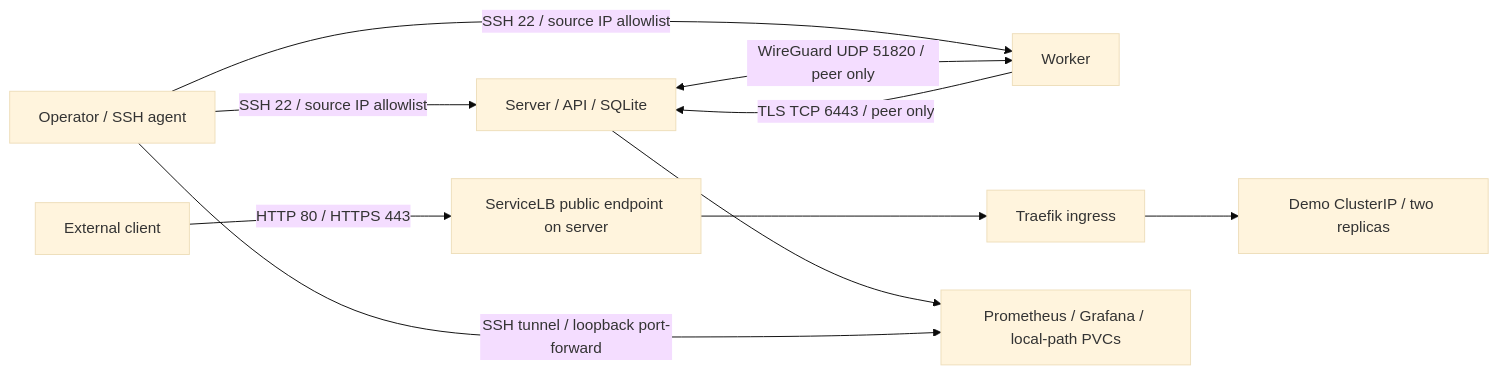
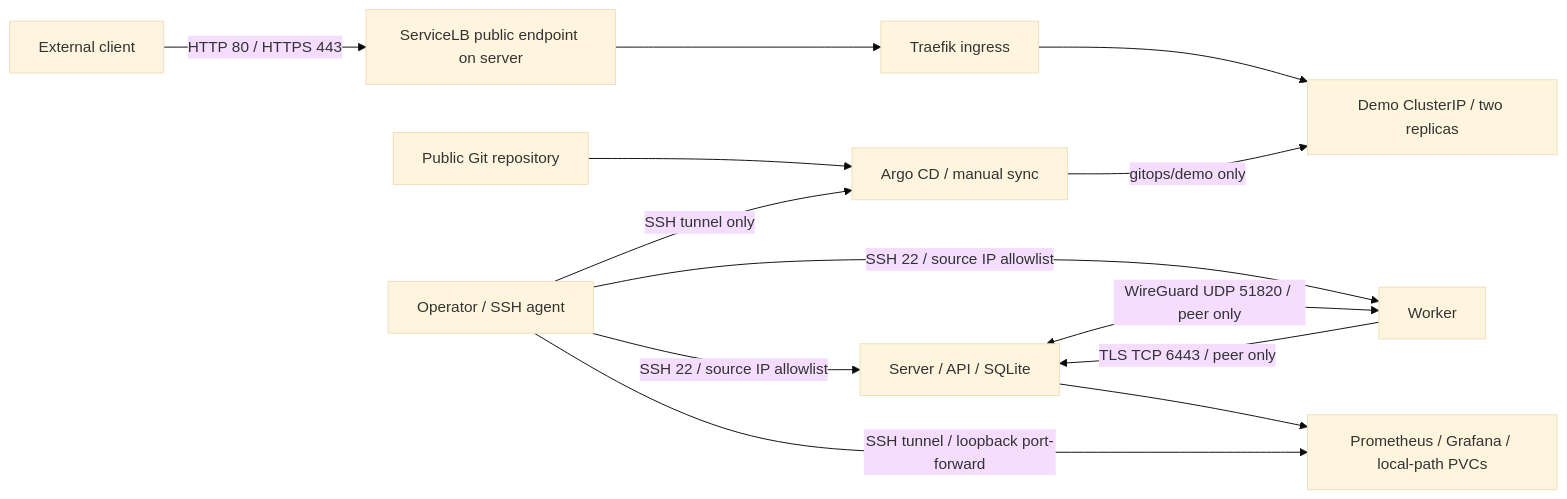
One commit to evelyn32h/verda-platform-assignment changed the diagram in README.md. Above: the diagram before and after it, drawn with Mermaid (base theme). The commit also changed other lines of this file and 11 other files, not shown here.

Commit message:
Complete Argo CD GitOps evidence and delivery runbook

````diff
--- a/README.md
+++ b/README.md
@@ -30,12 +31,15 @@
 ```mermaid
 flowchart LR
     Visitor[External client] -->|HTTP 80 / HTTPS 443| Ingress[ServiceLB public endpoint on server]
     Operator[Operator / SSH agent] -->|SSH 22 / source IP allowlist| Server[Server / API / SQLite]
     Operator -->|SSH 22 / source IP allowlist| Worker[Worker]
     Ingress --> Traefik[Traefik ingress]
     Traefik --> App[Demo ClusterIP / two replicas]
     Server <-->|WireGuard UDP 51820 / peer only| Worker
     Worker -->|TLS TCP 6443 / peer only| Server
     Server --> Monitoring[Prometheus / Grafana / local-path PVCs]
     Operator -->|SSH tunnel / loopback port-forward| Monitoring
+    GitHub[Public Git repository] --> Argo[Argo CD / manual sync]
+    Argo -->|gitops/demo only| App
+    Operator -->|SSH tunnel only| Argo
 ```
````
